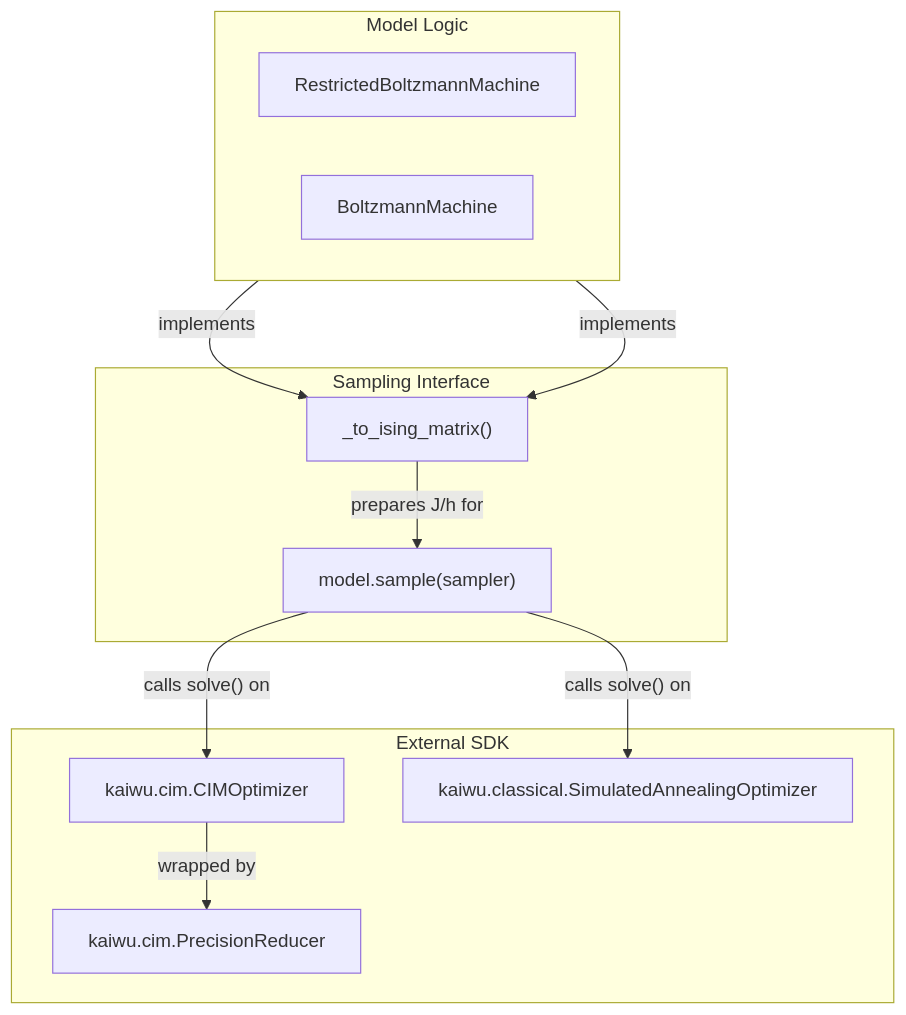
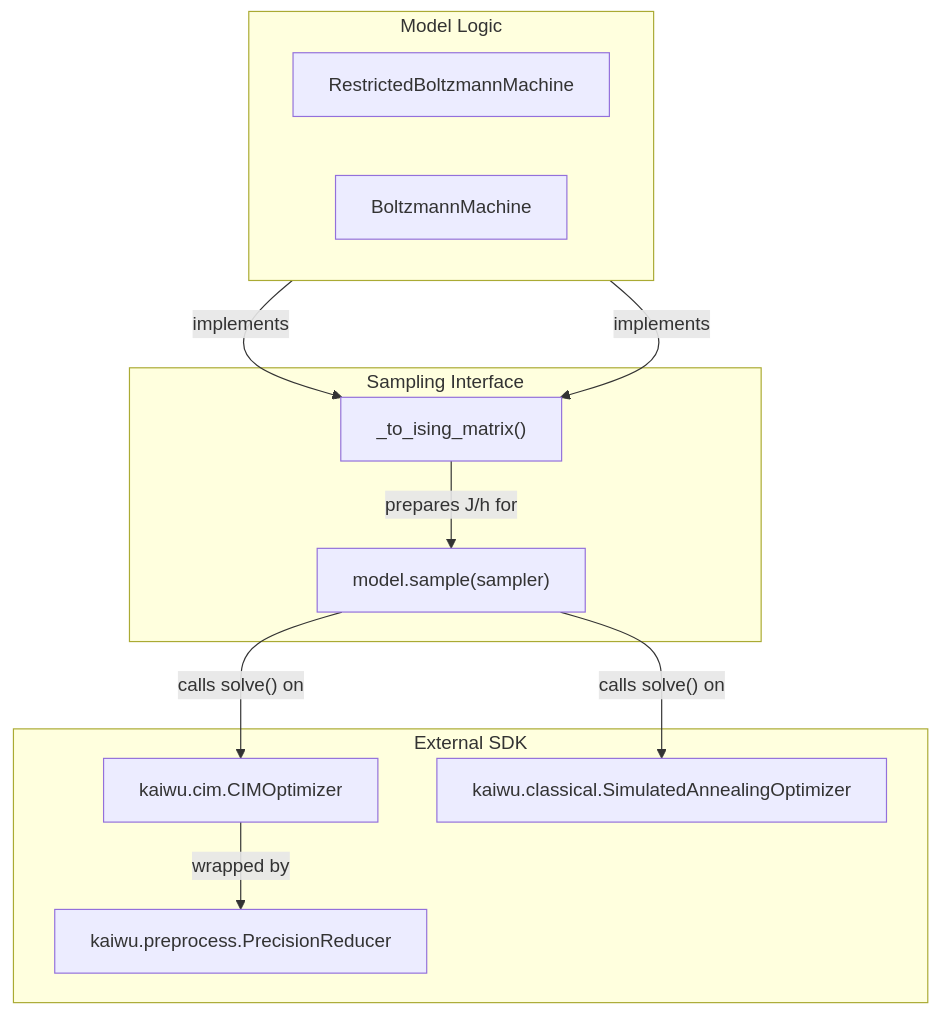
Before and after one commit to qboson/kaiwu-pytorch-plugin: the second of 2 diagrams in docs/source/getting_started/quickstart.md, drawn with Mermaid. The commit also changed other lines of this file and 28 other files, not shown here.

````diff
--- a/docs/source/getting_started/quickstart.md
+++ b/docs/source/getting_started/quickstart.md
@@ -52,23 +52,23 @@
 ```{mermaid}
 graph TB
     subgraph Model_Logic ["Model Logic"]
         direction LR
         B["RestrictedBoltzmannMachine"]
         D["BoltzmannMachine"]
     end
     subgraph Sampling_Interface ["Sampling Interface"]
         E["_to_ising_matrix()"]
         F["model.sample(sampler)"]
     end
     subgraph External_SDK ["External SDK"]
         G["kaiwu.cim.CIMOptimizer"]
-        H["kaiwu.cim.PrecisionReducer"]
+        H["kaiwu.preprocess.PrecisionReducer"]
         I["kaiwu.classical.SimulatedAnnealingOptimizer"]
     end
     B -->|"implements"| E
     D -->|"implements"| E
     E -->|"prepares J/h for"| F
     F -->|"calls solve() on"| G
     F -->|"calls solve() on"| I
     G -->|"wrapped by"| H
 ```
````
